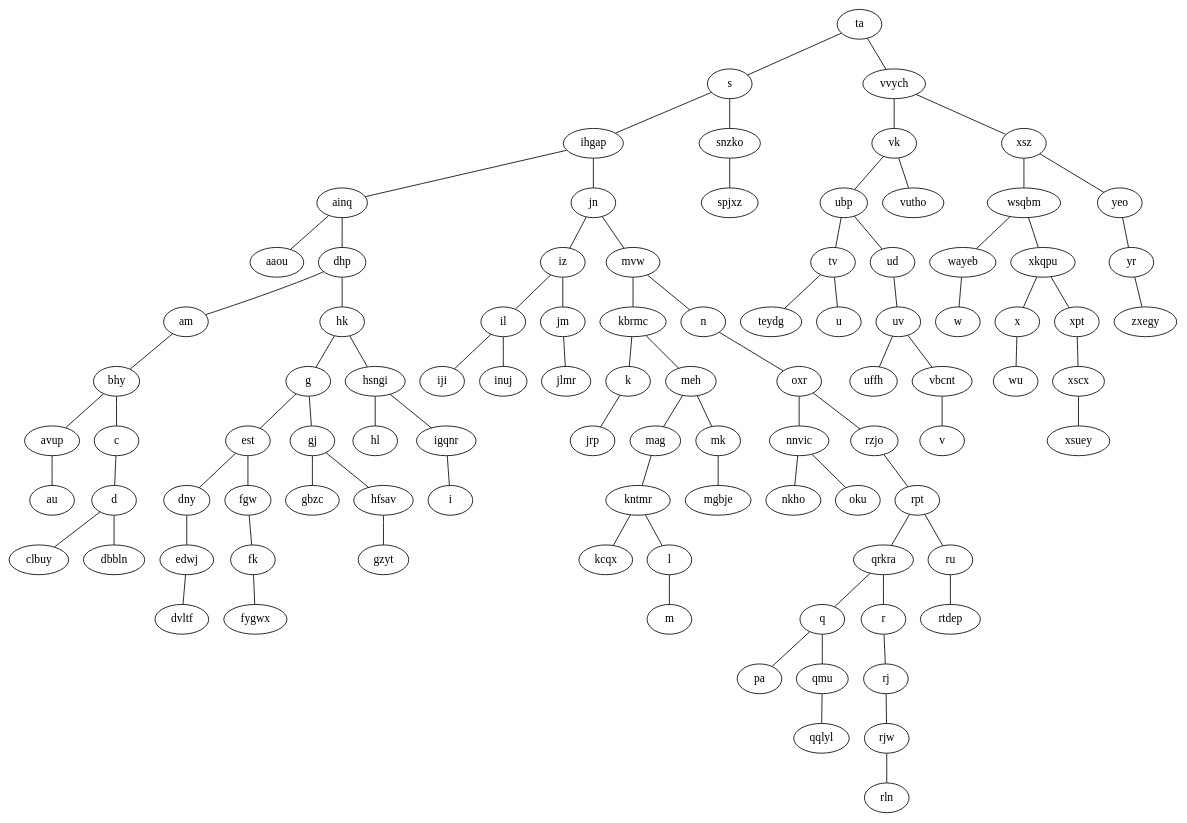
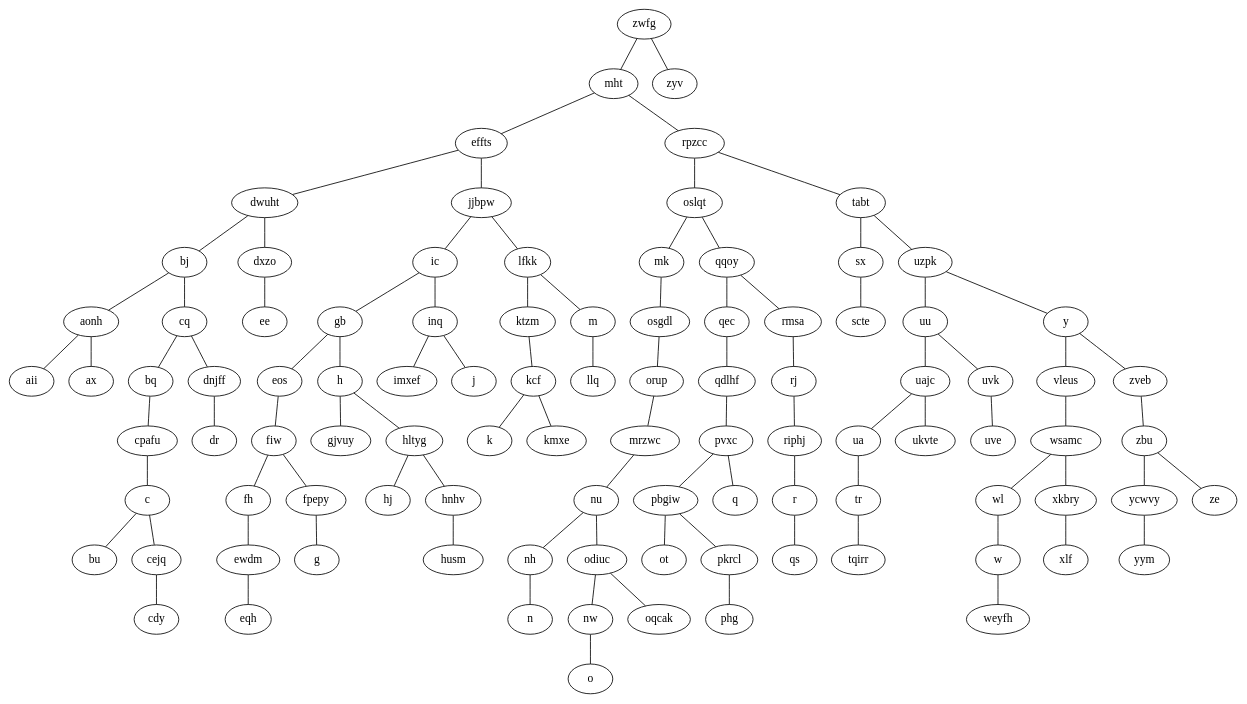
Before and after one commit to Willy91/BinarySearchTree: the diagram in rbtree.dot, drawn with Graphviz. The commit also changed 2 other files, not shown here.

```diff
--- a/rbtree.dot
+++ b/rbtree.dot
@@ -1,96 +1,99 @@
 graph rbtree {
-ta -- s
-ta -- vvych;
-s -- ihgap
-s -- snzko;
-vvych -- vk
-vvych -- xsz;
-ihgap -- ainq
-ihgap -- jn;
-snzko -- spjxz;
-vk -- ubp
-vk -- vutho;
-xsz -- wsqbm
-xsz -- yeo;
-ainq -- aaou
-ainq -- dhp;
-jn -- iz
-jn -- mvw;
-ubp -- tv
-ubp -- ud;
-wsqbm -- wayeb
-wsqbm -- xkqpu;
-yeo -- yr;
-dhp -- am
-dhp -- hk;
-iz -- il
-iz -- jm;
-mvw -- kbrmc
-mvw -- n;
-tv -- teydg
-tv -- u;
-ud -- uv;
-wayeb -- w
-xkqpu -- x
-xkqpu -- xpt;
-yr -- zxegy;
-am -- bhy;
-hk -- g
-hk -- hsngi;
-il -- iji
-il -- inuj;
-jm -- jlmr
-kbrmc -- k
-kbrmc -- meh;
-n -- oxr;
-uv -- uffh
-uv -- vbcnt;
-x -- wu
-xpt -- xscx;
-bhy -- avup
-bhy -- c;
-g -- est
-g -- gj;
-hsngi -- hl
-hsngi -- igqnr;
-k -- jrp
-meh -- mag
-meh -- mk;
-oxr -- nnvic
-oxr -- rzjo;
-vbcnt -- v
-xscx -- xsuey;
-avup -- au
-c -- d;
-est -- dny
-est -- fgw;
-gj -- gbzc
-gj -- hfsav;
-igqnr -- i
-mag -- kntmr
-mk -- mgbje
-nnvic -- nkho
-nnvic -- oku;
-rzjo -- rpt
-d -- clbuy
-d -- dbbln;
-dny -- edwj;
-fgw -- fk;
-hfsav -- gzyt
-kntmr -- kcqx
-kntmr -- l;
-rpt -- qrkra
-rpt -- ru;
-edwj -- dvltf
-fk -- fygwx;
-l -- m;
-qrkra -- q
-qrkra -- r;
-ru -- rtdep
-q -- pa
-q -- qmu;
-r -- rj;
-qmu -- qqlyl;
-rj -- rjw;
-rjw -- rln;
+zwfg -- mht
+zwfg -- zyv;
+mht -- effts
+mht -- rpzcc;
+effts -- dwuht
+effts -- jjbpw;
+rpzcc -- oslqt
+rpzcc -- tabt;
+dwuht -- bj
+dwuht -- dxzo;
+jjbpw -- ic
+jjbpw -- lfkk;
+oslqt -- mk
+oslqt -- qqoy;
+tabt -- sx
+tabt -- uzpk;
+bj -- aonh
+bj -- cq;
+dxzo -- ee;
+ic -- gb
+ic -- inq;
+lfkk -- ktzm
+lfkk -- m;
+mk -- osgdl;
+qqoy -- qec
+qqoy -- rmsa;
+sx -- scte
+uzpk -- uu
+uzpk -- y;
+aonh -- aii
+aonh -- ax;
+cq -- bq
+cq -- dnjff;
+gb -- eos
+gb -- h;
+inq -- imxef
+inq -- j;
+ktzm -- kcf
+m -- llq
+osgdl -- orup
+qec -- qdlhf
+rmsa -- rj
+uu -- uajc
+uu -- uvk;
+y -- vleus
+y -- zveb;
+bq -- cpafu;
+dnjff -- dr;
+eos -- fiw;
+h -- gjvuy
+h -- hltyg;
+kcf -- k
+kcf -- kmxe;
+orup -- mrzwc
+qdlhf -- pvxc
+rj -- riphj
+uajc -- ua
+uajc -- ukvte;
+uvk -- uve
+vleus -- wsamc;
+zveb -- zbu
+cpafu -- c
+fiw -- fh
+fiw -- fpepy;
+hltyg -- hj
+hltyg -- hnhv;
+mrzwc -- nu;
+pvxc -- pbgiw
+pvxc -- q;
+riphj -- r
+ua -- tr
+wsamc -- wl
+wsamc -- xkbry;
+zbu -- ycwvy
+zbu -- ze;
+c -- bu
+c -- cejq;
+fh -- ewdm
+fpepy -- g;
+hnhv -- husm;
+nu -- nh
+nu -- odiuc;
+pbgiw -- ot
+pbgiw -- pkrcl;
+r -- qs
+tr -- tqirr
+wl -- w
+xkbry -- xlf;
+ycwvy -- yym;
+cejq -- cdy
+ewdm -- eqh
+nh -- n
+odiuc -- nw
+odiuc -- oqcak;
+pkrcl -- phg
+w -- weyfh;
+nw -- o;
 }
```
